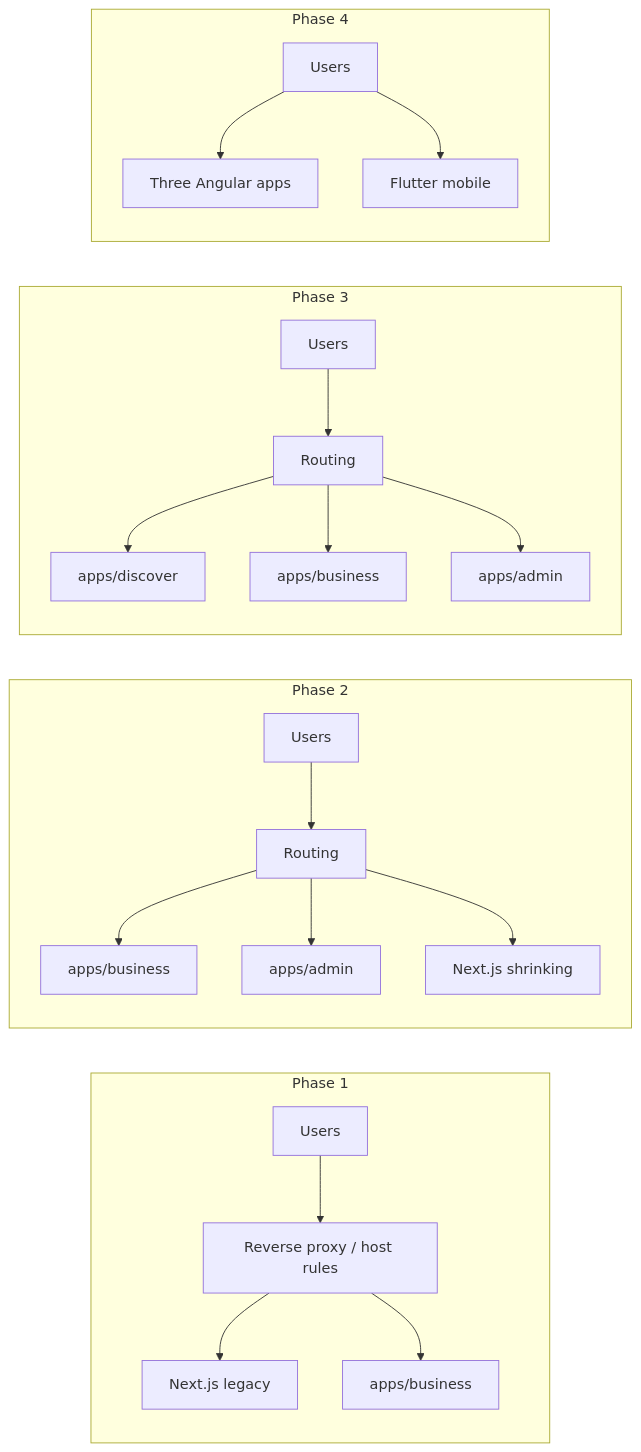
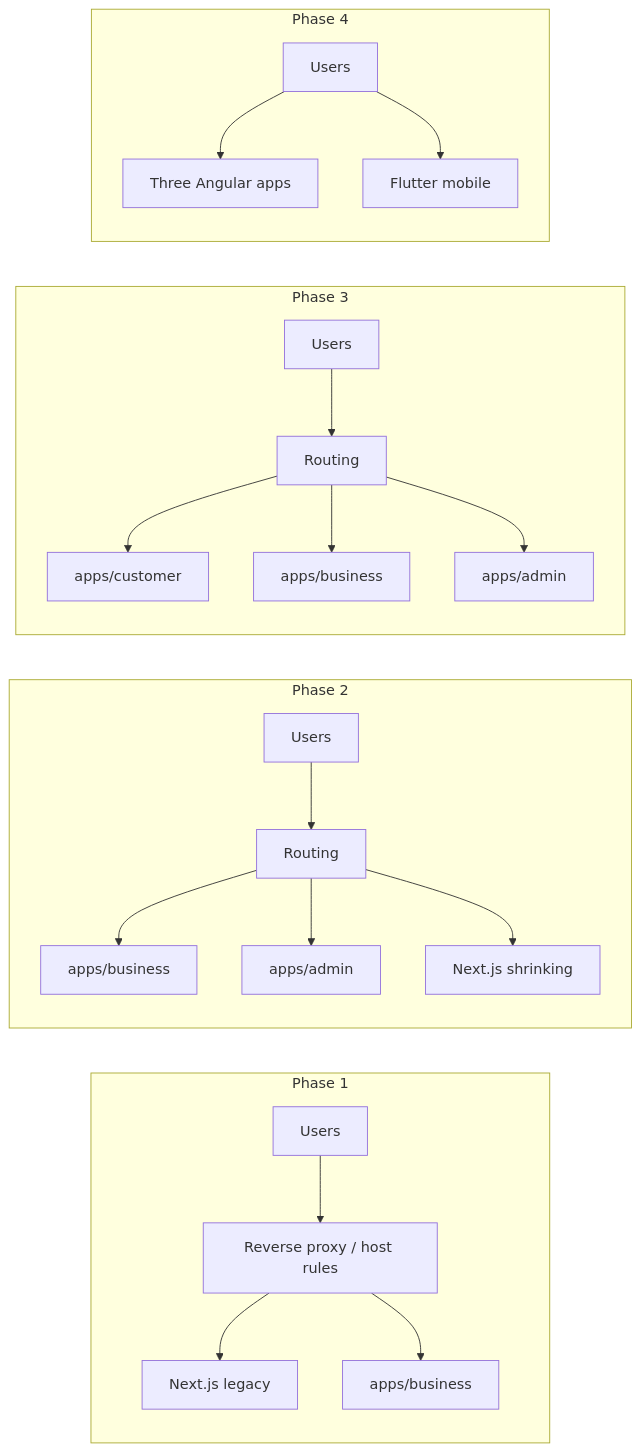
The diagram in docs/adr/ADR-012-angular-web-deferred-flutter.md (acethsol/adeni), drawn with Mermaid before and after one commit. The commit also changed other lines of this file and 126 other files, not shown here.

````diff
--- a/docs/adr/ADR-012-angular-web-deferred-flutter.md
+++ b/docs/adr/ADR-012-angular-web-deferred-flutter.md
@@ -51,25 +51,25 @@
 ```mermaid
 flowchart LR
   subgraph phase1 [Phase 1]
     U[Users] --> R[Reverse proxy / host rules]
     R --> N[Next.js legacy]
     R --> P[apps/business]
   end
   subgraph phase2 [Phase 2]
     U2[Users] --> R2[Routing]
     R2 --> P2[apps/business]
     R2 --> AD[apps/admin]
     R2 --> N2[Next.js shrinking]
   end
   subgraph phase3 [Phase 3]
     U3[Users] --> R3[Routing]
-    R3 --> D[apps/discover]
+    R3 --> D[apps/customer]
     R3 --> P3[apps/business]
     R3 --> AD2[apps/admin]
   end
   subgraph phase4 [Phase 4]
     U4[Users] --> ANG[Three Angular apps]
     FL[Flutter mobile]
     U4 --> FL
   end
 ```
````
